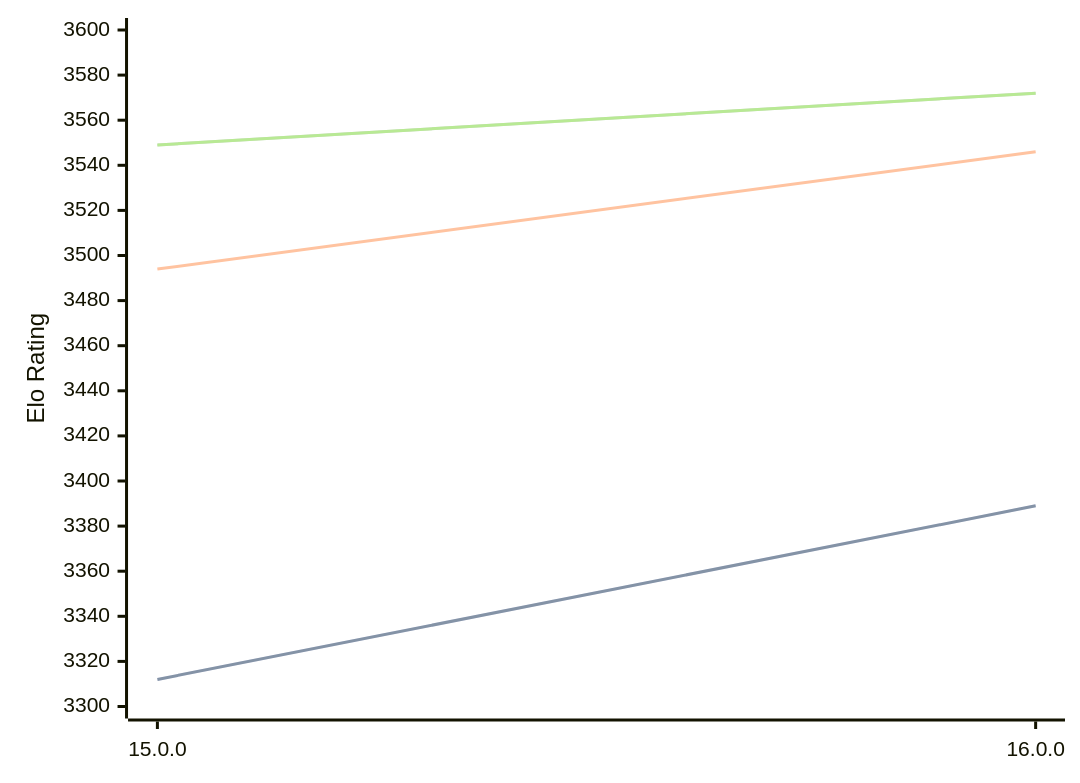
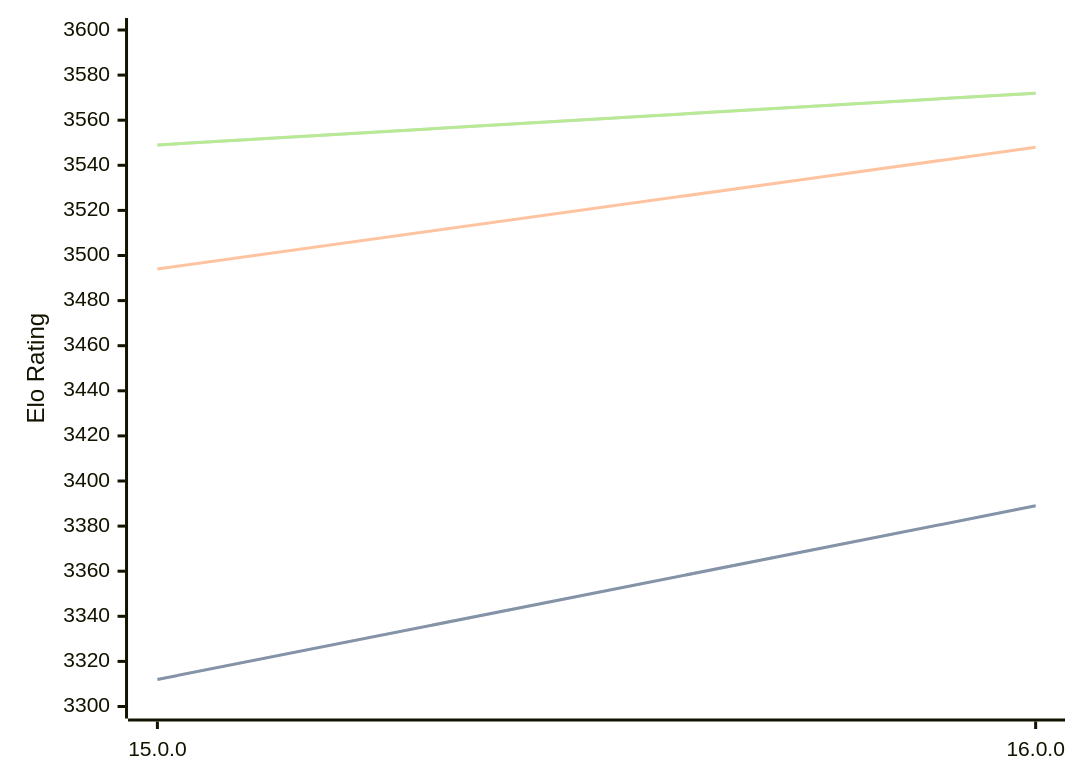
One commit to computer-chess-index/cci changed the diagram in engines/Halogen.md. Above: the diagram before and after it, drawn with Mermaid. The commit also changed other lines of this file, not shown here.

````diff
--- a/engines/Halogen.md
+++ b/engines/Halogen.md
@@ -50,11 +50,11 @@
 ```mermaid
 %%{init: {"theme":"base","themeVariables":{"seriesColors:['#a3a3a3','#222221','#faa371']}}}%%
 xychart-beta
   x-axis ["15.0.0", "16.0.0"]
   y-axis "Elo Rating" 3300 --> 3600
   line "STC (8.0+0.08s)" [3312, 3389]
   line "STC (8.0+0.08s)" [3312, 3389]
-  line "LTC (60.0+0.60s)" [3494, 3546]
+  line "LTC (60.0+0.60s)" [3494, 3548]
   line "VLTC (2m24s+1.12s)" [3549, 3572]
   line "VLTC (2m24s+1.12s)" [3549, 3572]
 ```
````
